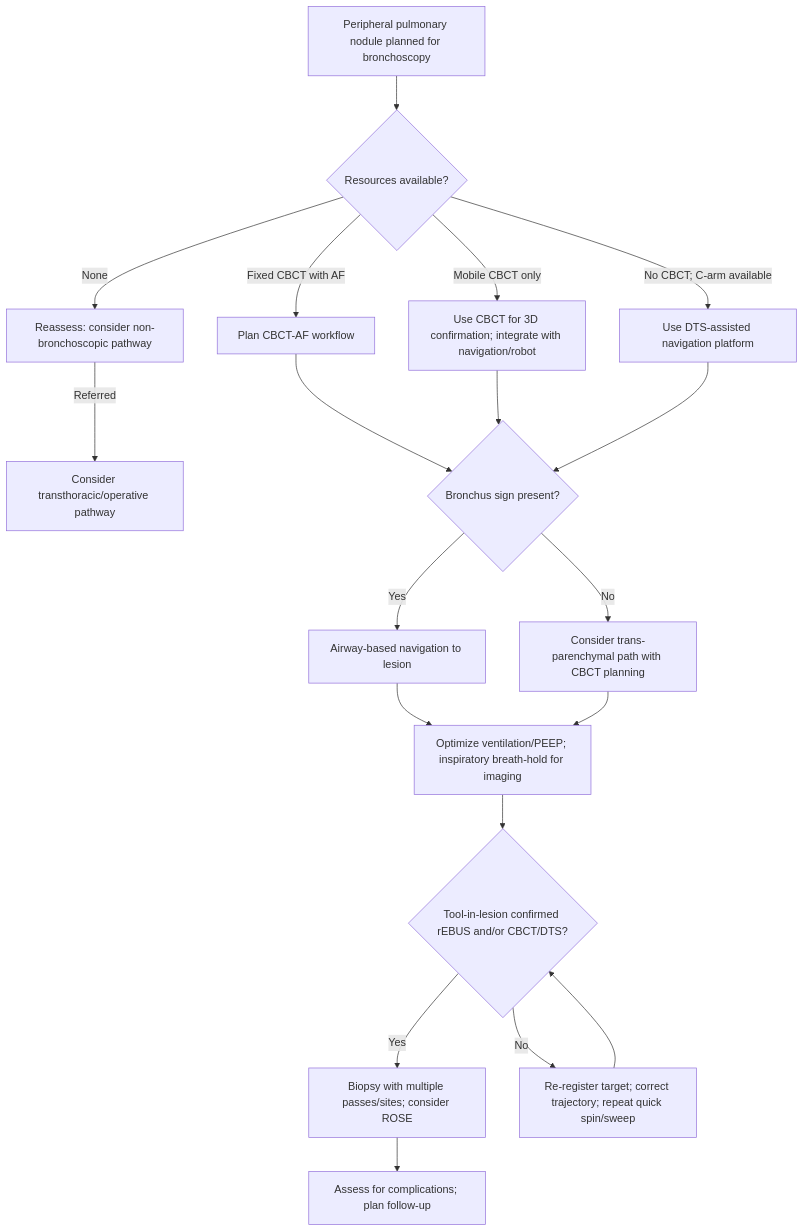
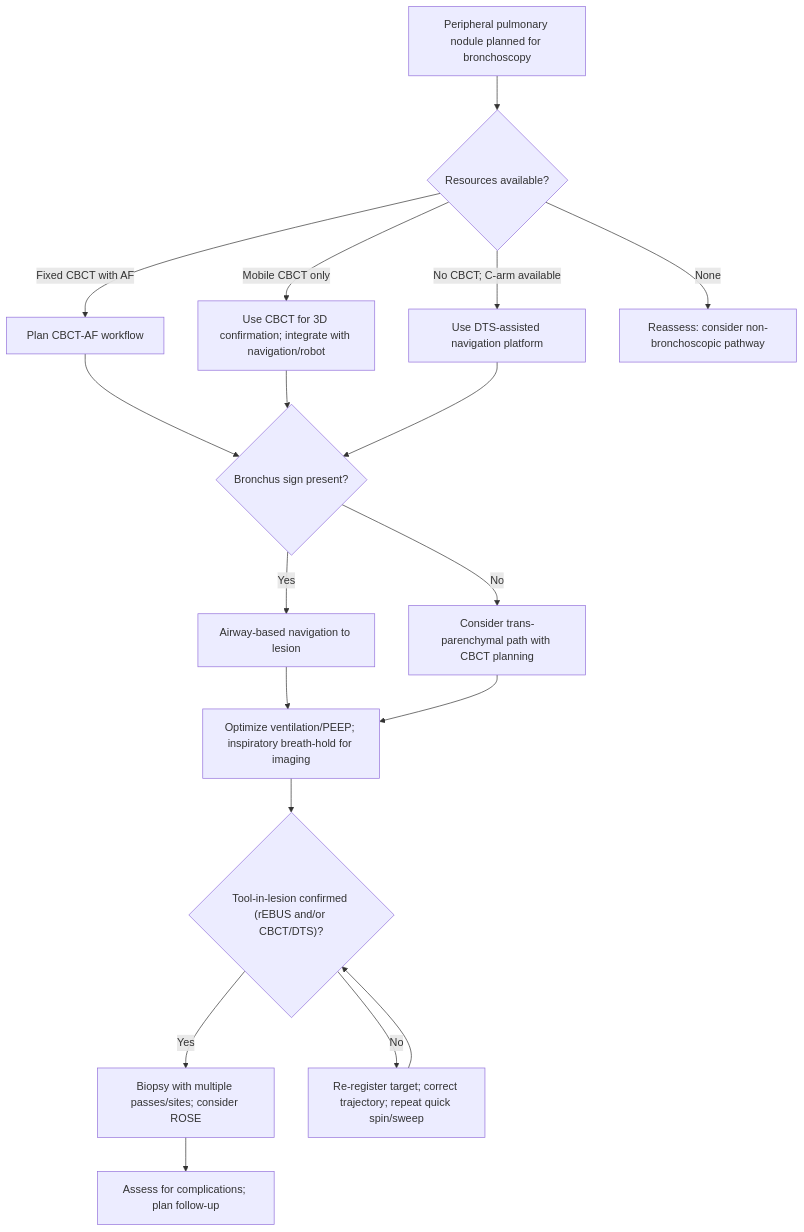
The first of 2 diagrams in content/modules/board/real-time-peripheral-imaging-techniques.mdx (russellmiller49/Interventional-Pulm-Education-Project), drawn with Mermaid before and after one commit. The commit also changed other lines of this file and 45 other files, not shown here.

````diff
--- a/content/modules/board/real-time-peripheral-imaging-techniques.mdx
+++ b/content/modules/board/real-time-peripheral-imaging-techniques.mdx
@@ -186,23 +157,23 @@
 ```mermaid
 flowchart TD
-A[Peripheral pulmonary nodule planned for bronchoscopy] --> B{Resources available?}
-B -->|Fixed CBCT with AF| C[Plan CBCT-AF workflow]
-B -->|Mobile CBCT only| D[Use CBCT for 3D confirmation; integrate with navigation/robot]
-B -->|No CBCT; C-arm available| E[Use DTS-assisted navigation platform]
-B -->|None| F[Reassess: consider non-bronchoscopic pathway]
-F -->|Referred| N[Consider transthoracic/operative pathway]
-C --> G{Bronchus sign present?}
-D --> G
-E --> G
-G -->|Yes| H[Airway-based navigation to lesion]
-G -->|No| I[Consider trans-parenchymal path with CBCT planning]
+        A["Peripheral pulmonary nodule planned for bronchoscopy"] --> B{"Resources available?"}
+        B -->|Fixed CBCT with AF| C["Plan CBCT-AF workflow"]
+        B -->|Mobile CBCT only| D["Use CBCT for 3D confirmation; integrate with navigation/robot"]
+        B -->|No CBCT; C-arm available| E["Use DTS-assisted navigation platform"]
+        B -->|None| F["Reassess: consider non-bronchoscopic pathway"]
 
-H --> J[Optimize ventilation/PEEP; inspiratory breath-hold for imaging]
-I --> J
-J --> K{Tool-in-lesion confirmed rEBUS and/or CBCT/DTS?}
-K -->|Yes| L[Biopsy with multiple passes/sites; consider ROSE]
-K -->|No| M[Re-register target; correct trajectory; repeat quick spin/sweep]
+        C --> G{"Bronchus sign present?"}
+        D --> G
+        E --> G
+        G -->|Yes| H["Airway-based navigation to lesion"]
+        G -->|No| I["Consider trans-parenchymal path with CBCT planning"]
 
-L --> O[Assess for complications; plan follow-up]
-M --> K
+        H --> J["Optimize ventilation/PEEP; inspiratory breath-hold for imaging"]
+        I --> J
+        J --> K{"Tool-in-lesion confirmed (rEBUS and/or CBCT/DTS)?"}
+        K -->|Yes| L["Biopsy with multiple passes/sites; consider ROSE"]
+        K -->|No| M["Re-register target; correct trajectory; repeat quick spin/sweep"]
+
+        L --> N["Assess for complications; plan follow-up"]
+        M --> K
 ```
````
